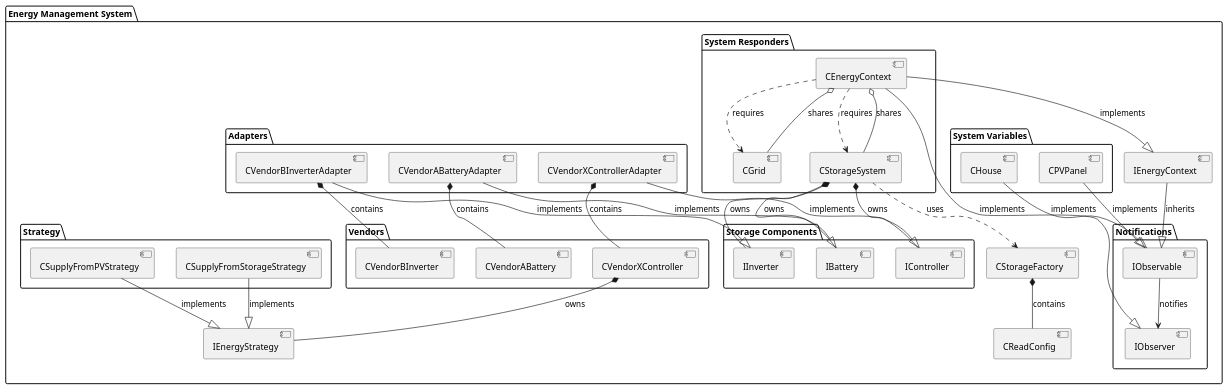
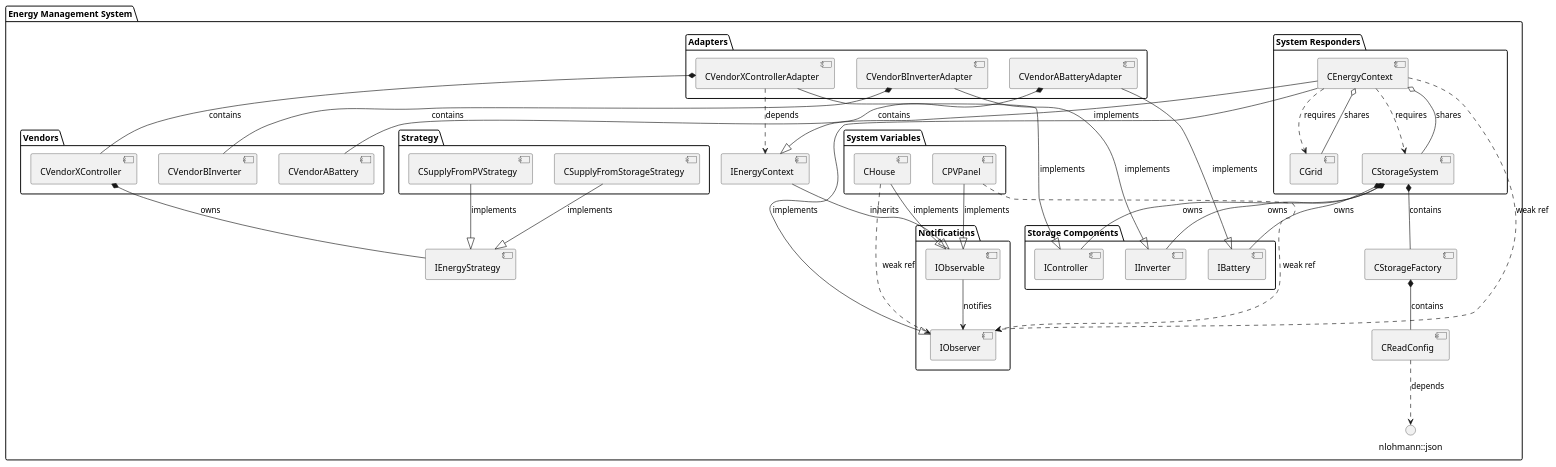
The diagram in docs/component_diagram.puml (Menna271/BatteryManagementSystem), drawn with PlantUML before and after one commit. The commit also changed 1 other file, not shown here.

Commit message:
Modified diagrams

```diff
--- a/docs/component_diagram.puml
+++ b/docs/component_diagram.puml
@@ -1,76 +1,83 @@
 @startuml Component Diagram
 
 package "Energy Management System" {
     package "System Variables" {
         [CPVPanel] 
         [CHouse] 
     }
         package "System Responders" {
         [CEnergyContext] ..> [CStorageSystem] : "requires"
         [CEnergyContext] ..> [CGrid] : "requires"
     }
 
     package "Notifications" {
         [IObservable]
         [IObserver]
     } 
 
     package "Storage Components" {
         [IController]
         [IInverter]
         [IBattery]
     }
 
     package "Vendors" {
         [CVendorABattery]
         [CVendorBInverter]
         [CVendorXController]
     }
 
     package "Adapters" {
         [CVendorABatteryAdapter]
         [CVendorBInverterAdapter]
         [CVendorXControllerAdapter]
     }
 
     package "Strategy" {
         [CSupplyFromPVStrategy]
         [CSupplyFromStorageStrategy]
     }
 
     [CEnergyContext] o-- [CStorageSystem] : shares
     [CEnergyContext] o-- [CGrid] : shares
-    
+
     [CPVPanel] --|> [IObservable] : "implements"
     [CHouse] --|> [IObservable] : "implements"
+
+    [CPVPanel] ..> [IObserver] : "weak ref"
+    [CHouse] ..> [IObserver] : "weak ref"
 
     [IObservable] --> [IObserver] : "notifies"
 
     [CEnergyContext] --|> [IEnergyContext] : "implements"
     [IEnergyContext] --|> [IObservable] : "inherits"
     [CEnergyContext] --|> [IObserver] : "implements"
+    [CEnergyContext] ..> [IObserver] : "weak ref"
 
     [CStorageSystem] *-- [IController] : "owns"
     [CStorageSystem] *-- [IInverter] : "owns"
     [CStorageSystem] *-- [IBattery] : "owns"
-    [CStorageSystem] ..> [CStorageFactory] : "uses"
+    [CStorageSystem] *-- [CStorageFactory] : "contains"
 
     [CStorageFactory] *-- [CReadConfig] : "contains"
+
+    [CReadConfig] ..> "nlohmann::json" : depends 
 
     [CVendorABatteryAdapter] *-- [CVendorABattery] : "contains"
     [CVendorABatteryAdapter] --|> [IBattery] : "implements"
 
     [CVendorBInverterAdapter] *-- [CVendorBInverter] : "contains"
     [CVendorBInverterAdapter] --|> [IInverter] : "implements"
 
     [CVendorXControllerAdapter] *-- [CVendorXController] : "contains"
     [CVendorXControllerAdapter] --|> [IController] : "implements"
+    [CVendorXControllerAdapter] ..> [IEnergyContext] : "depends"
 
     [CSupplyFromPVStrategy] --|> [IEnergyStrategy] : "implements"
     [CSupplyFromStorageStrategy] --|> [IEnergyStrategy] : "implements"
 
     [CVendorXController] *-- [IEnergyStrategy] : "owns"
 
 }
 
 @enduml
```
